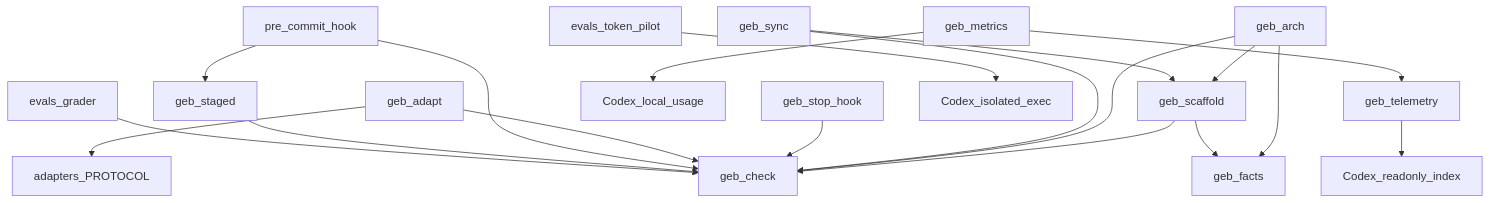
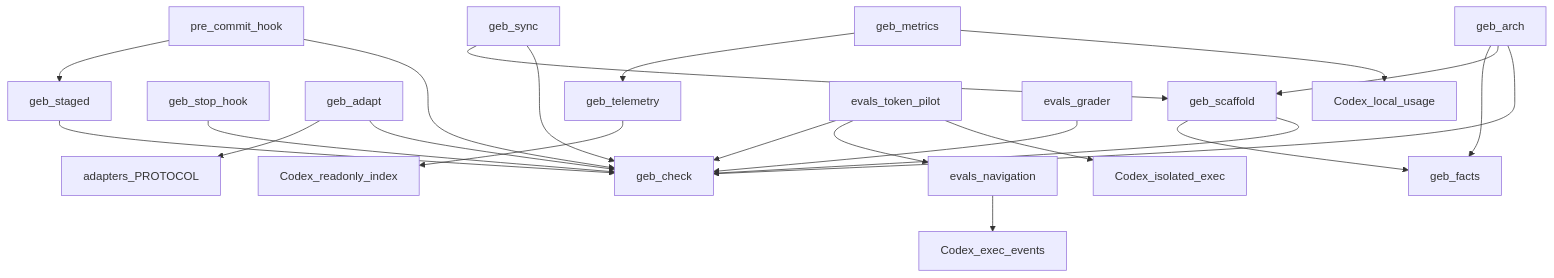
One commit to AaronXinzhian/fugue-docs changed the diagram in PROJECT_INDEX.md. Above: the diagram before and after it, drawn with Mermaid. The commit also changed 19 other files, not shown here.

````diff
--- a/PROJECT_INDEX.md
+++ b/PROJECT_INDEX.md
@@ -24,21 +24,24 @@
 ```mermaid
 graph TD
     geb_scaffold --> geb_check
     geb_arch --> geb_check
     geb_arch --> geb_scaffold
     geb_arch --> geb_facts
     geb_scaffold --> geb_facts
     geb_sync --> geb_check
     geb_sync --> geb_scaffold
     geb_stop_hook --> geb_check
     geb_adapt --> geb_check
     geb_adapt --> adapters_PROTOCOL
     pre_commit_hook --> geb_check
     pre_commit_hook --> geb_staged
     geb_staged --> geb_check
     geb_metrics --> Codex_local_usage
     geb_metrics --> geb_telemetry
     geb_telemetry --> Codex_readonly_index
     evals_token_pilot --> Codex_isolated_exec
+    evals_token_pilot --> evals_navigation
+    evals_token_pilot --> geb_check
+    evals_navigation --> Codex_exec_events
     evals_grader --> geb_check
 ```
````
